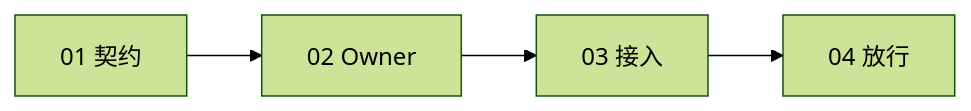
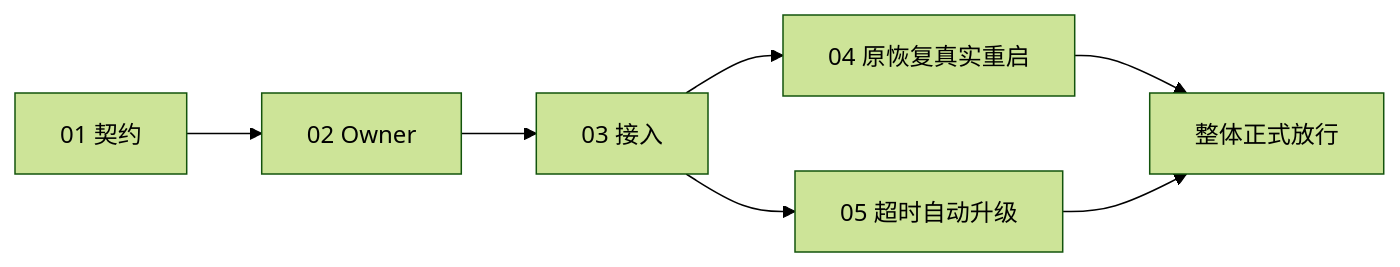
One commit to luode0320/luode-skills changed the second of 4 diagrams in doc/3-实施/2026-07-23_012302_CodexDesktop任务悬浮窗断点恢复_实施总览.md. Above: the diagram before and after it, drawn with Mermaid (forest theme). The commit also changed other lines of this file and 17 other files, not shown here.

````diff
--- a/doc/3-实施/2026-07-23_012302_CodexDesktop任务悬浮窗断点恢复_实施总览.md
+++ b/doc/3-实施/2026-07-23_012302_CodexDesktop任务悬浮窗断点恢复_实施总览.md
@@ -65,4 +67,8 @@
 ```mermaid
 flowchart LR
-    C1["01 契约"] --> C2["02 Owner"] --> C3["03 接入"] --> C4["04 放行"]
+    C1["01 契约"] --> C2["02 Owner"] --> C3["03 接入"]
+    C3 --> C4["04 原恢复真实重启"]
+    C3 --> C5["05 超时自动升级"]
+    C4 --> G["整体正式放行"]
+    C5 --> G
 ```
````
